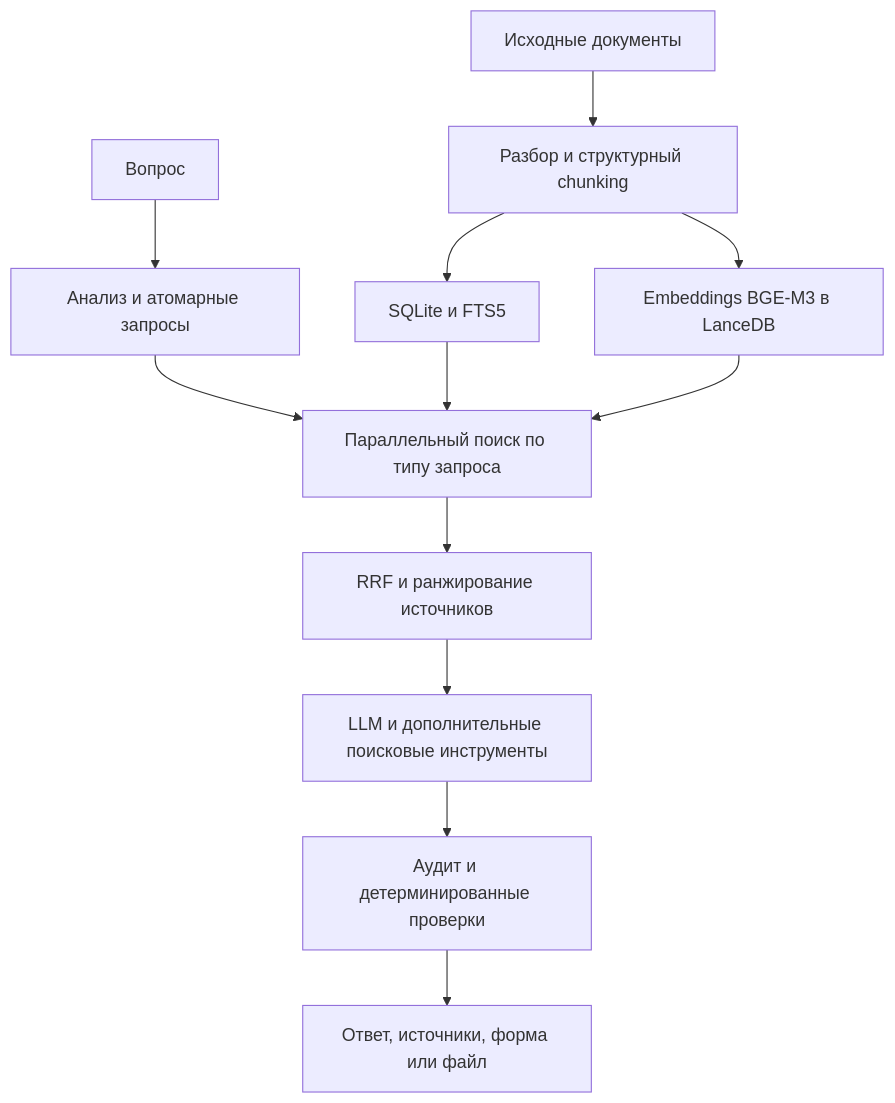
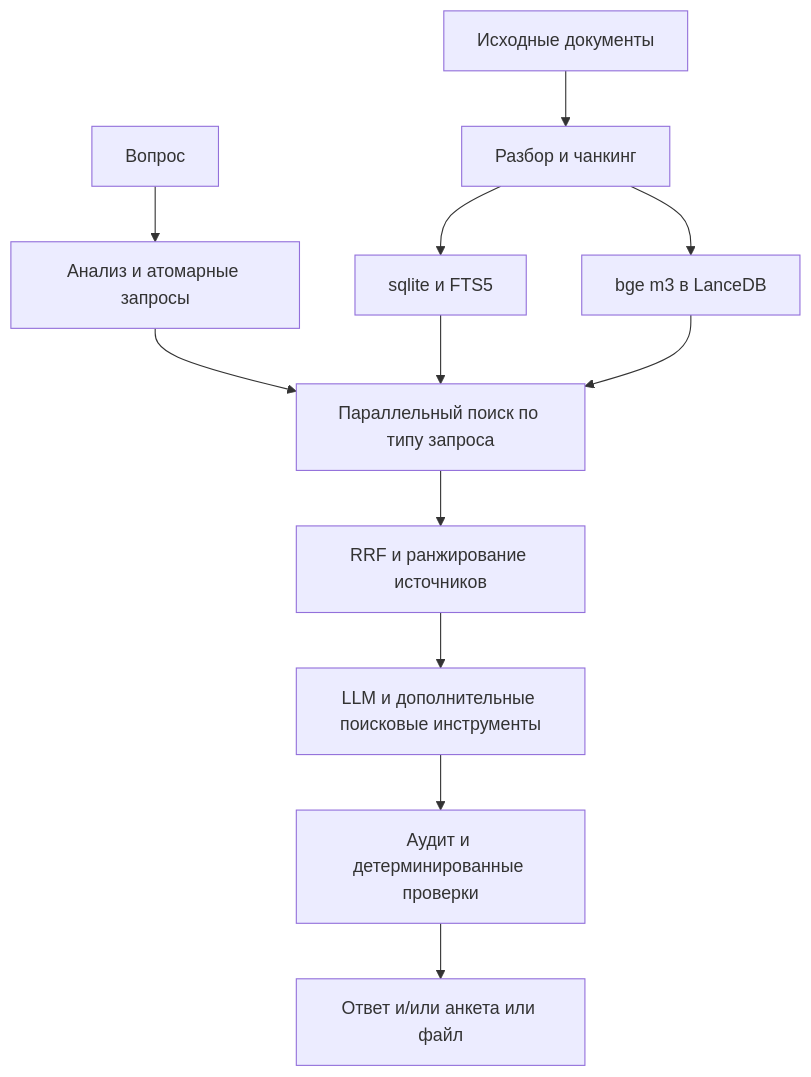
One commit to 2ss7/river-architecture changed the diagram in README.md. Above: the diagram before and after it, drawn with Mermaid. The commit also changed other lines of this file, not shown here.

````diff
--- a/README.md
+++ b/README.md
@@ -13,14 +13,14 @@
 ```mermaid
 flowchart TD
-    A[Исходные документы] --> B[Разбор и структурный chunking]
-    B --> C[SQLite и FTS5]
-    B --> D[Embeddings BGE-M3 в LanceDB]
+    A[Исходные документы] --> B[Разбор и чанкинг]
+    B --> C[sqlite и FTS5]
+    B --> D[bge m3 в LanceDB]
     Q[Вопрос] --> E[Анализ и атомарные запросы]
     E --> F[Параллельный поиск по типу запроса]
     C --> F
     D --> F
     F --> G[RRF и ранжирование источников]
     G --> H[LLM и дополнительные поисковые инструменты]
     H --> I[Аудит и детерминированные проверки]
-    I --> O[Ответ, источники, форма или файл]
+    I --> O[Ответ и/или анкета или файл]
 ```
````
